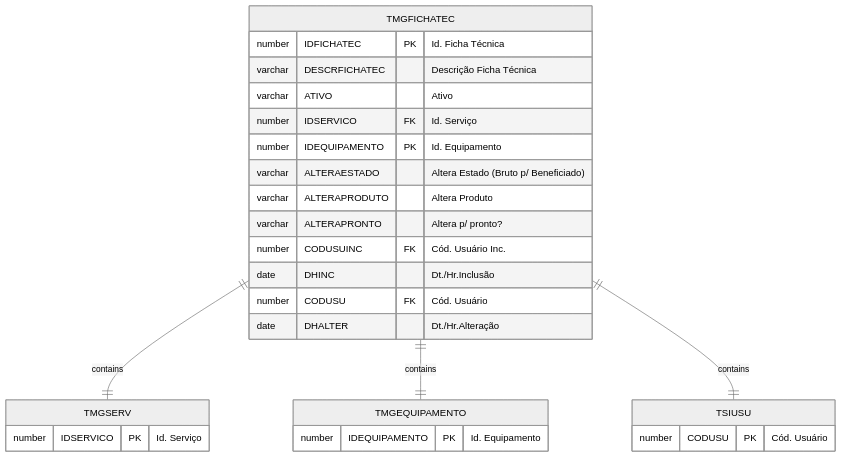
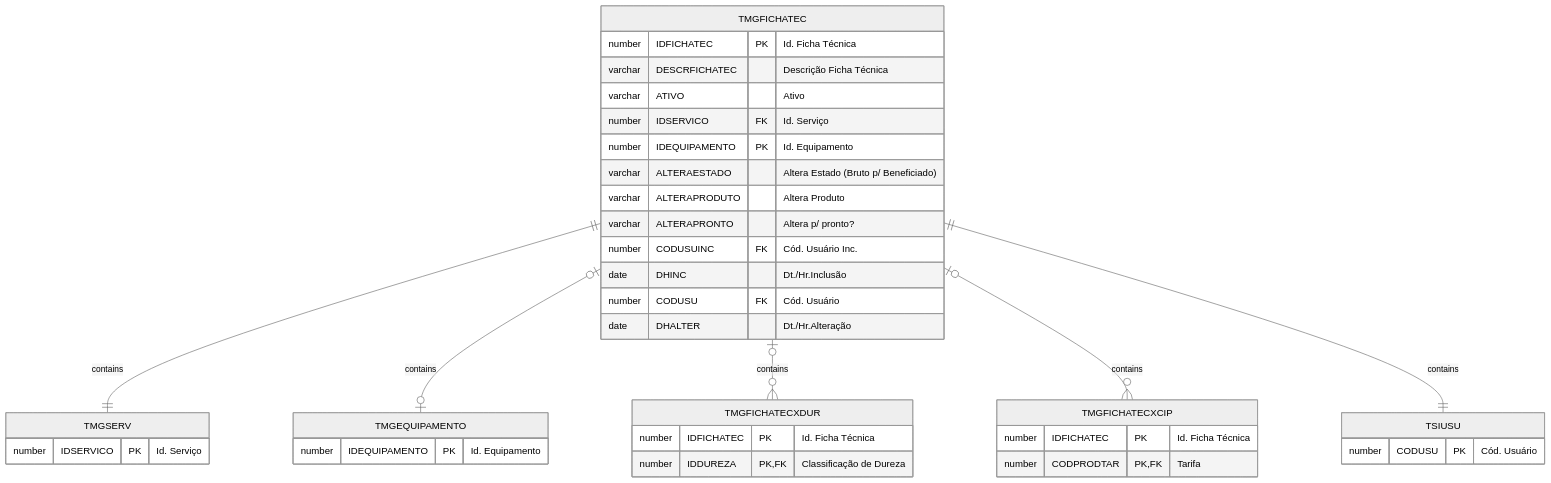
One commit to cbmsoft/margrandocs changed the diagram in docs/_database/TMGFICHATEC.md. Above: the diagram before and after it, drawn with Mermaid (neutral theme). The commit also changed other lines of this file and 4 other files, not shown here.

````diff
--- a/docs/_database/TMGFICHATEC.md
+++ b/docs/_database/TMGFICHATEC.md
@@ -41,30 +44,40 @@
 ```mermaid
 erDiagram
     TMGFICHATEC ||--|| TMGSERV : contains
-    TMGFICHATEC ||--|| TMGEQUIPAMENTO : contains
+    TMGFICHATEC |o--o| TMGEQUIPAMENTO : contains
+    TMGFICHATEC |o--o{ TMGFICHATECXDUR : contains
+    TMGFICHATEC |o--o{ TMGFICHATECXCIP : contains
     TMGFICHATEC ||--|| TSIUSU : contains
 
 	TMGFICHATEC {
 		number IDFICHATEC PK "Id. Ficha Técnica"
         varchar DESCRFICHATEC "Descrição Ficha Técnica"
         varchar ATIVO "Ativo"
         number IDSERVICO FK "Id. Serviço"
         number IDEQUIPAMENTO PK "Id. Equipamento"
         varchar ALTERAESTADO "Altera Estado (Bruto p/ Beneficiado)"
         varchar ALTERAPRODUTO "Altera Produto"
         varchar ALTERAPRONTO "Altera p/ pronto?"
         number CODUSUINC FK "Cód. Usuário Inc."
         date DHINC "Dt./Hr.Inclusão"
         number CODUSU FK "Cód. Usuário"
         date DHALTER "Dt./Hr.Alteração"
 	}
 	TMGSERV {
 		number IDSERVICO PK "Id. Serviço"
 	}
 	TMGEQUIPAMENTO {
 		number IDEQUIPAMENTO PK "Id. Equipamento"
 	}
+	TMGFICHATECXDUR {
+		number IDFICHATEC PK "Id. Ficha Técnica"
+        number IDDUREZA PK, FK "Classificação de Dureza"
+	}
+	TMGFICHATECXCIP {
+		number IDFICHATEC PK "Id. Ficha Técnica"
+        number CODPRODTAR PK, FK "Tarifa"
+	}
     TSIUSU {
         number CODUSU PK "Cód. Usuário"
     }
 ```
````
